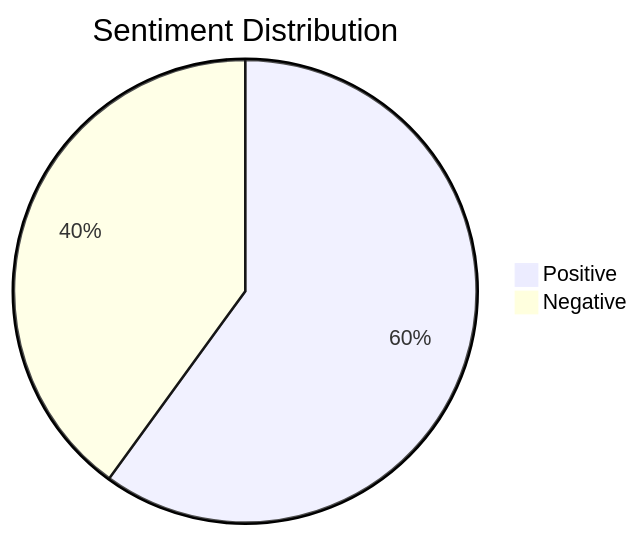
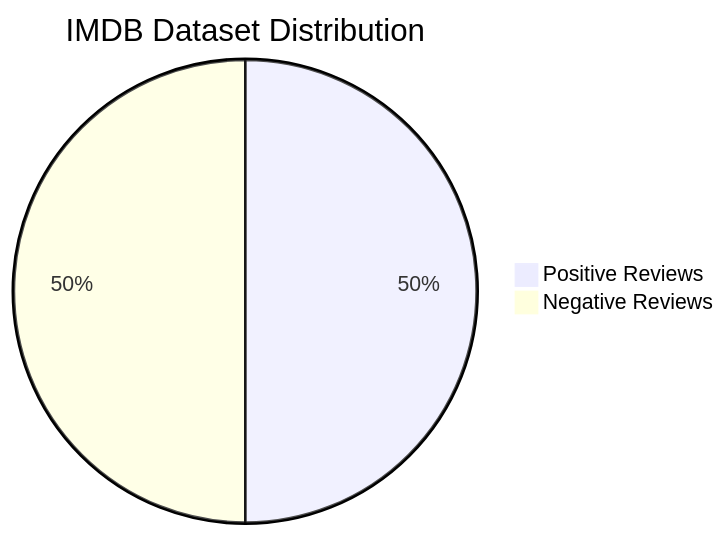
Before and after one commit to mzxcoolgirl/BERT-Based-Sentiment-Analysis-using-NLP: the third of 5 diagrams in README.md, drawn with Mermaid. The commit also changed other lines of this file, not shown here.

````diff
--- a/README.md
+++ b/README.md
@@ -32,6 +47,6 @@
 ```mermaid
 pie
-    title Sentiment Distribution
-    "Positive" : 60
-    "Negative" : 40
+    title IMDB Dataset Distribution
+    "Positive Reviews" : 25000
+    "Negative Reviews" : 25000
 ```
````
